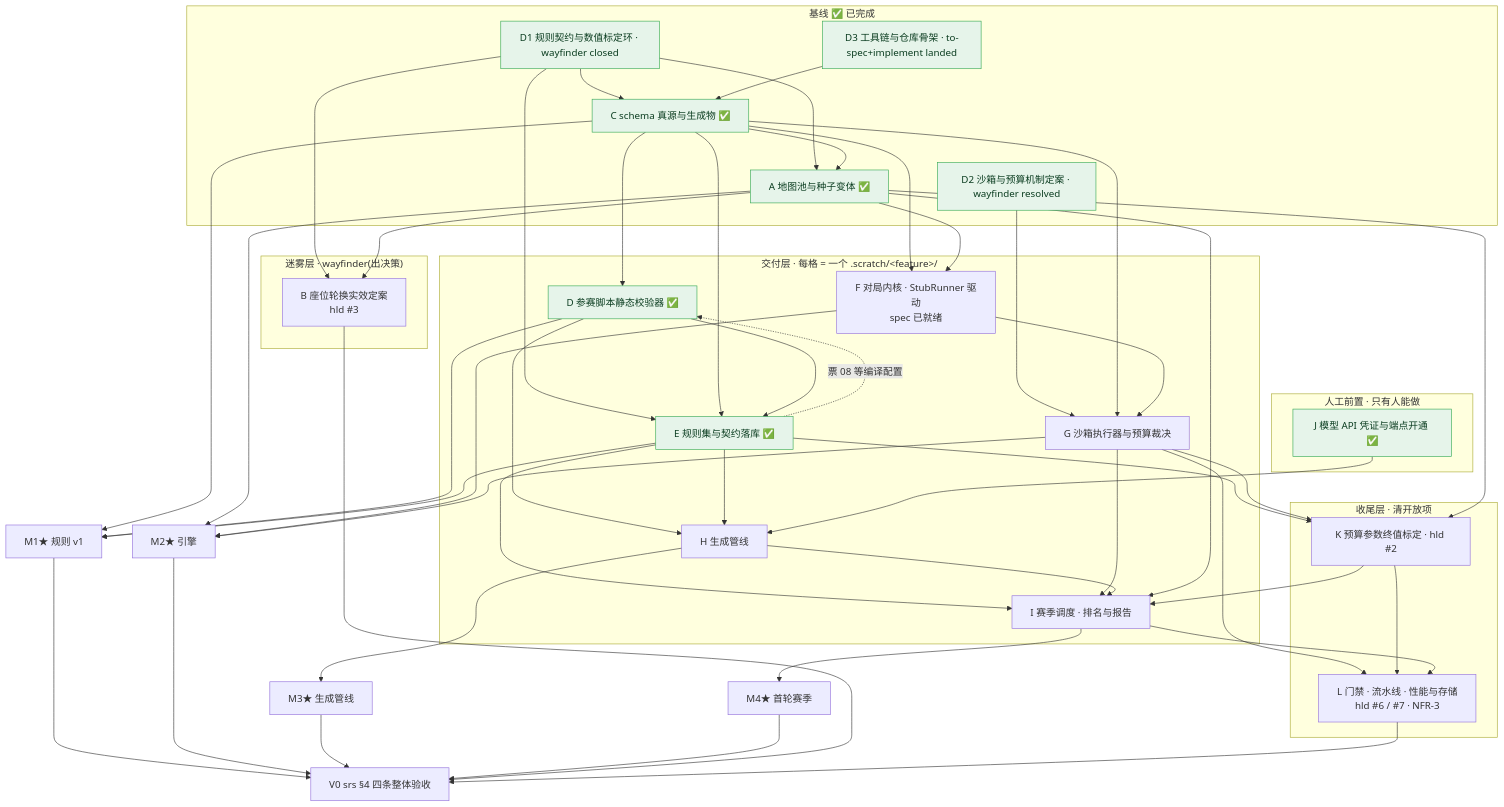
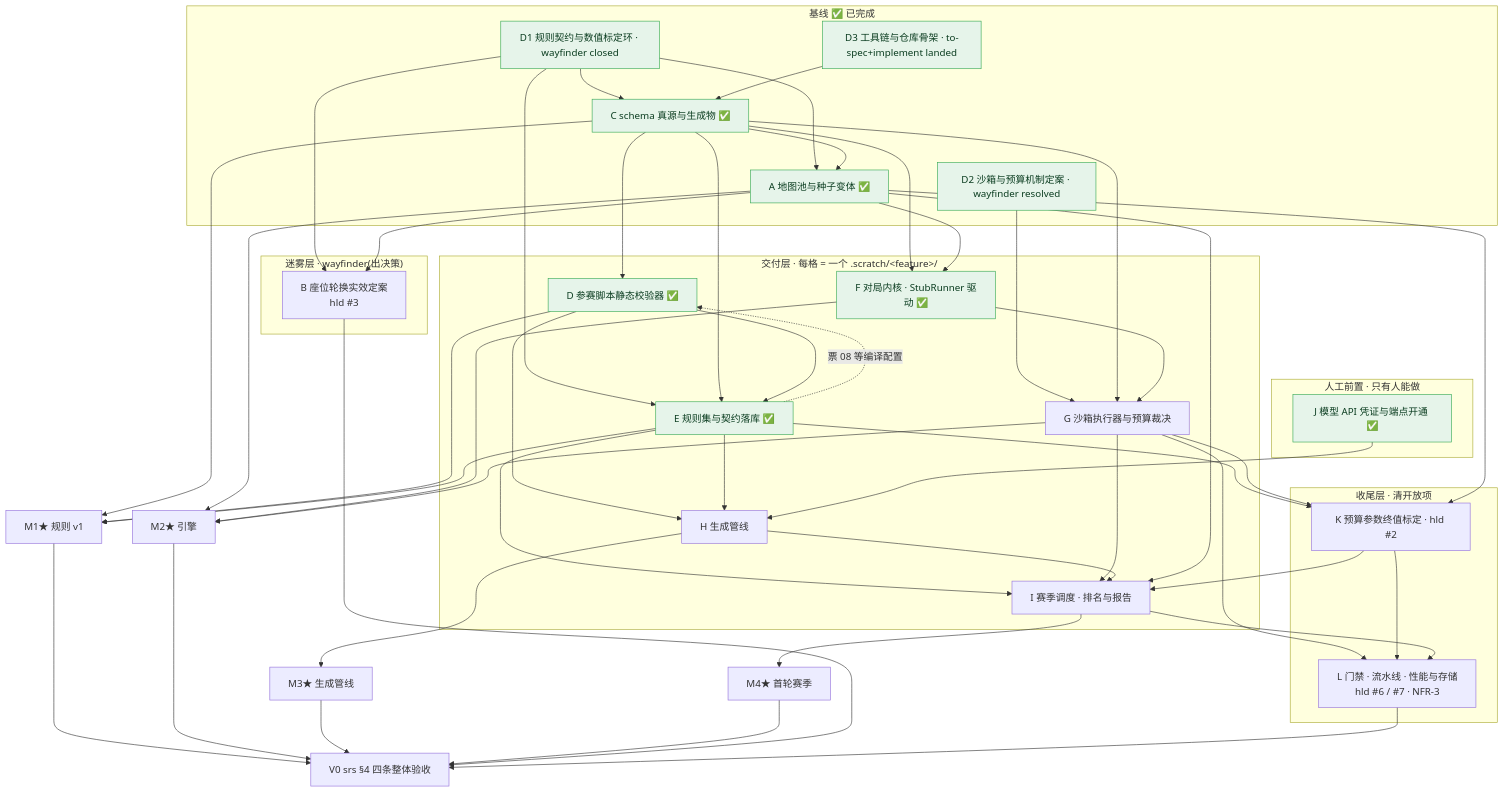
One commit to orionpax1997/model-war changed the diagram in docs/diagrams/v0-milestone-dag.md. Above: the diagram before and after it, drawn with Mermaid. The commit also changed other lines of this file and 7 other files, not shown here.

````diff
--- a/docs/diagrams/v0-milestone-dag.md
+++ b/docs/diagrams/v0-milestone-dag.md
@@ -67,7 +67,7 @@
   subgraph build["交付层 · 每格 = 一个 .scratch/&lt;feature&gt;/"]
     D["D 参赛脚本静态校验器 ✅"]
     E["E 规则集与契约落库 ✅"]
-    F["F 对局内核 · StubRunner 驱动<br/>spec 已就绪"]
+    F["F 对局内核 · StubRunner 驱动 ✅"]
     G["G 沙箱执行器与预算裁决"]
     H["H 生成管线"]
     I["I 赛季调度 · 排名与报告"]
@@ -131,5 +131,5 @@
   L --> V0
 
   classDef done fill:#e6f4ea,stroke:#34a853,color:#0b3d20
-  class D1,D2,D3,C,A,D,E,J done
+  class D1,D2,D3,C,A,D,E,F,J done
 ```
````
